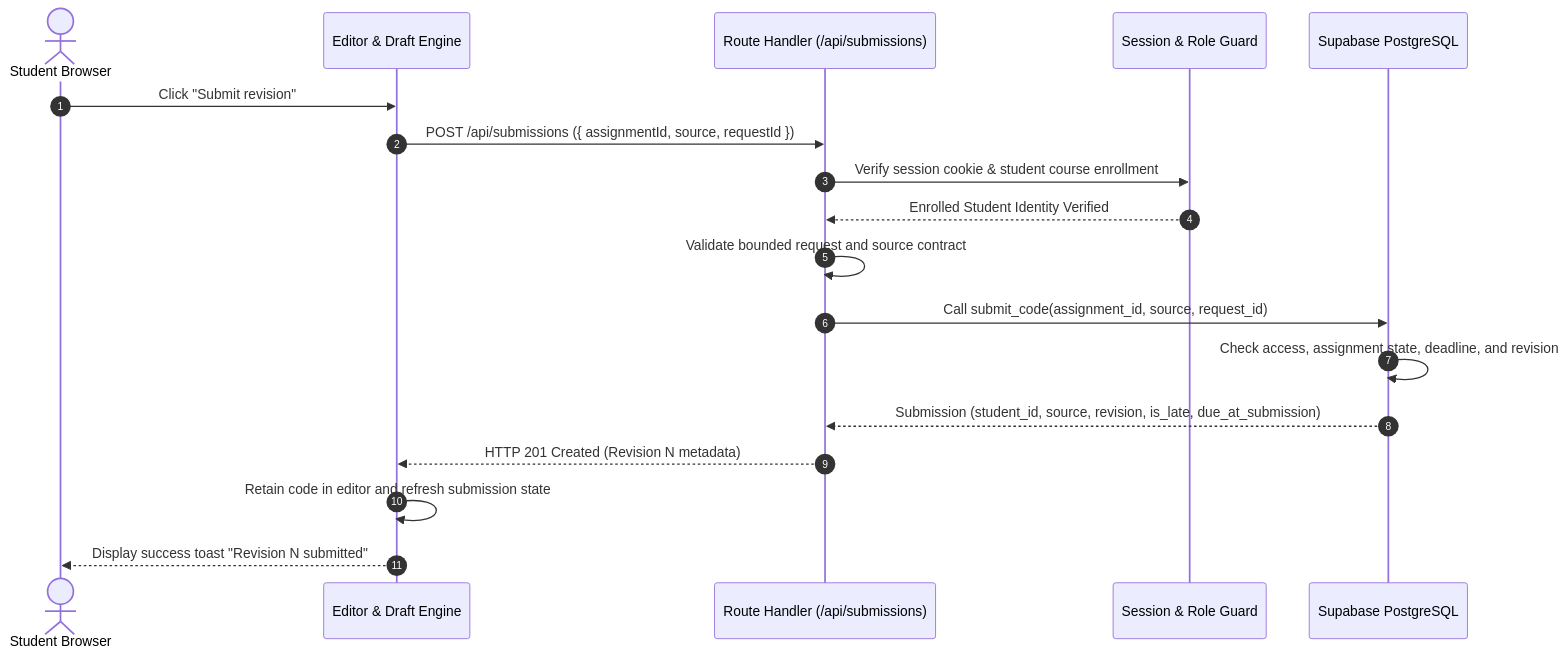
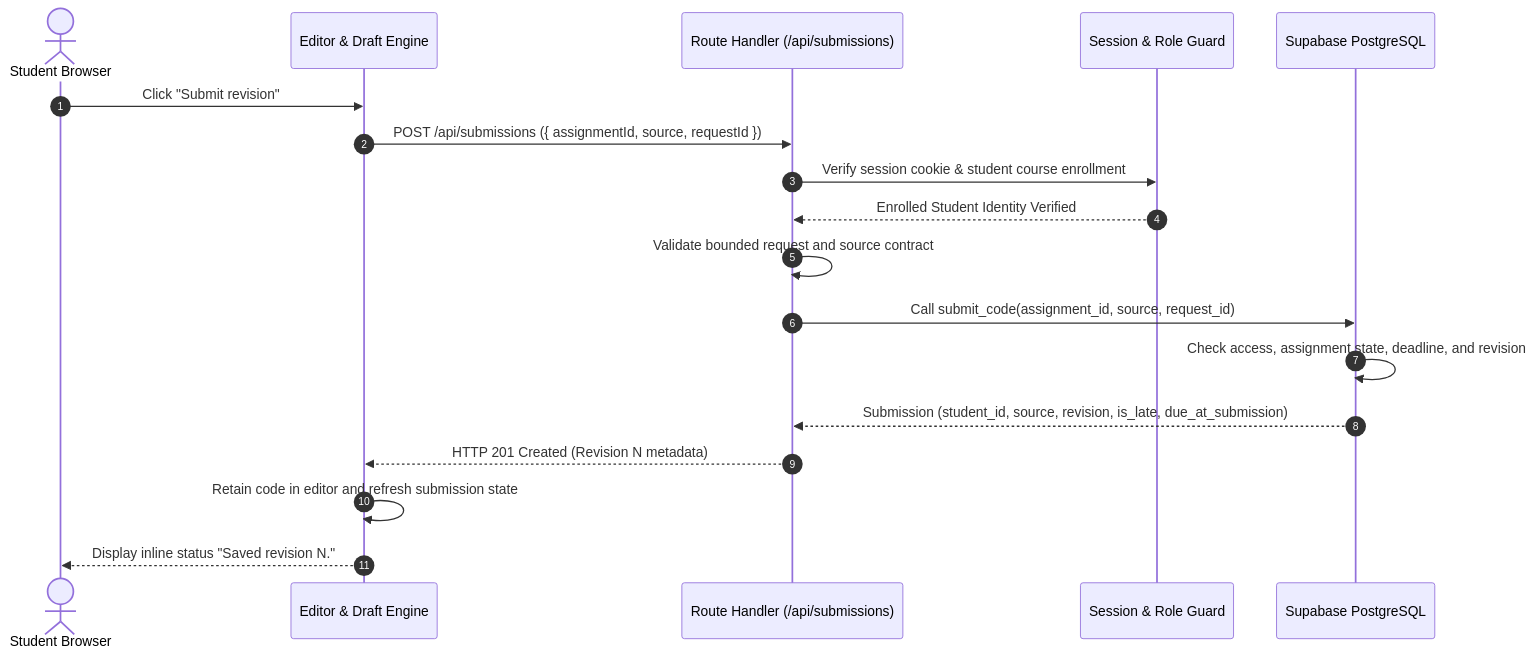
One commit to CS3227-2610-MP4-CodeLeet/CS3227-2610-MP4 changed the second of 7 diagrams in docs/DeveloperGuide.md. Above: the diagram before and after it, drawn with Mermaid. The commit also changed other lines of this file and 3 other files, not shown here.

````diff
--- a/docs/DeveloperGuide.md
+++ b/docs/DeveloperGuide.md
@@ -142,23 +146,23 @@
 ```mermaid
 sequenceDiagram
     autonumber
     actor Student as Student Browser
     participant Editor as Editor & Draft Engine
     participant API as Route Handler (/api/submissions)
     participant Auth as Session & Role Guard
     participant DB as Supabase PostgreSQL
 
     Student->>Editor: Click "Submit revision"
     Editor->>API: POST /api/submissions ({ assignmentId, source, requestId })
     API->>Auth: Verify session cookie & student course enrollment
     Auth-->>API: Enrolled Student Identity Verified
     
     API->>API: Validate bounded request and source contract
     API->>DB: Call submit_code(assignment_id, source, request_id)
     DB->>DB: Check access, assignment state, deadline, and revision
     DB-->>API: Submission (student_id, source, revision, is_late, due_at_submission)
     
     API-->>Editor: HTTP 201 Created (Revision N metadata)
     Editor->>Editor: Retain code in editor and refresh submission state
-    Editor-->>Student: Display success toast "Revision N submitted"
+    Editor-->>Student: Display inline status "Saved revision N."
 ```
````
